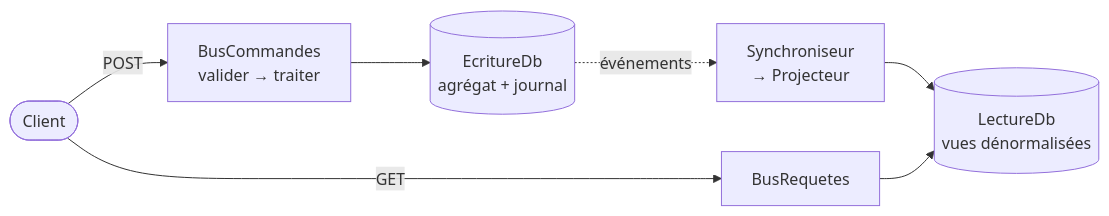
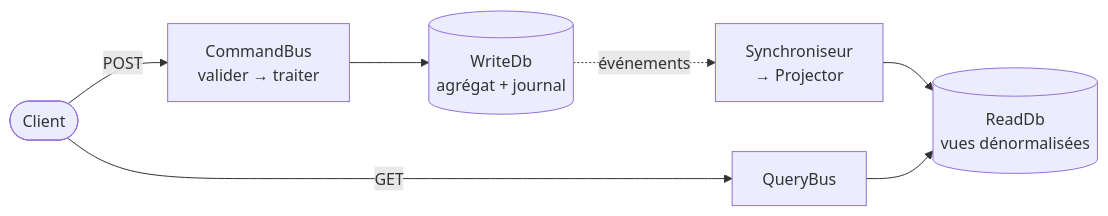
The diagram in Docs/fiches/09-cqrs.md (drangoht/ArchitecturesDemo), drawn with Mermaid before and after one commit. The commit also changed 70 other files, not shown here.

Commit message:
Docs FR : identifiants, liens, diagrammes et sorties alignés sur le code anglais

````diff
--- a/Docs/fiches/09-cqrs.md
+++ b/Docs/fiches/09-cqrs.md
@@ -10,6 +10,6 @@
 ```mermaid
 flowchart LR
-    Cl(["Client"]) -->|POST| BC["BusCommandes<br/>valider → traiter"] --> E[("EcritureDb<br/>agrégat + journal")]
-    E -.->|événements| S["Synchroniseur<br/>→ Projecteur"] --> L[("LectureDb<br/>vues dénormalisées")]
-    Cl -->|GET| BR["BusRequetes"] --> L
+    Cl(["Client"]) -->|POST| BC["CommandBus<br/>valider → traiter"] --> E[("WriteDb<br/>agrégat + journal")]
+    E -.->|événements| S["Synchroniseur<br/>→ Projector"] --> L[("ReadDb<br/>vues dénormalisées")]
+    Cl -->|GET| BR["QueryBus"] --> L
 ```
````
